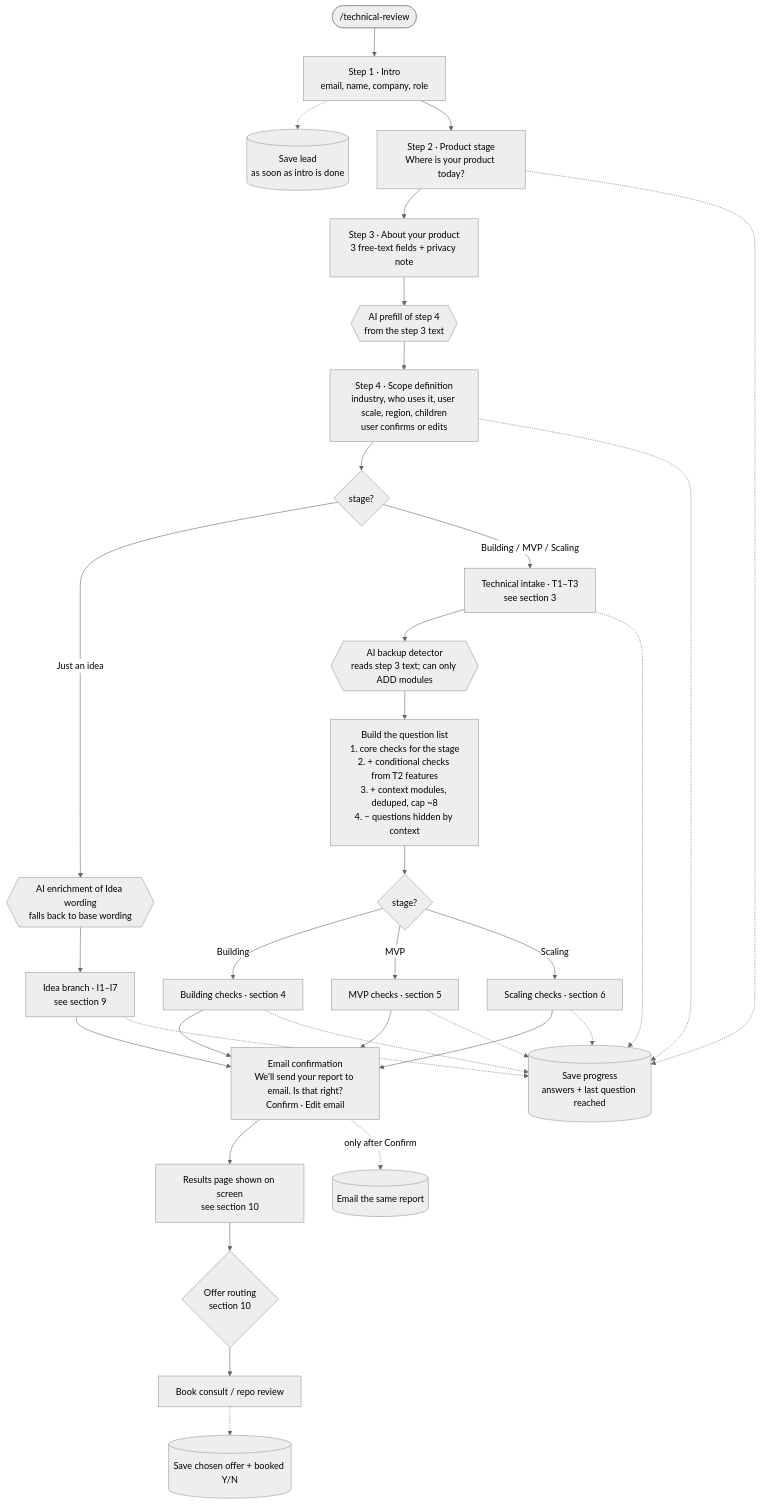
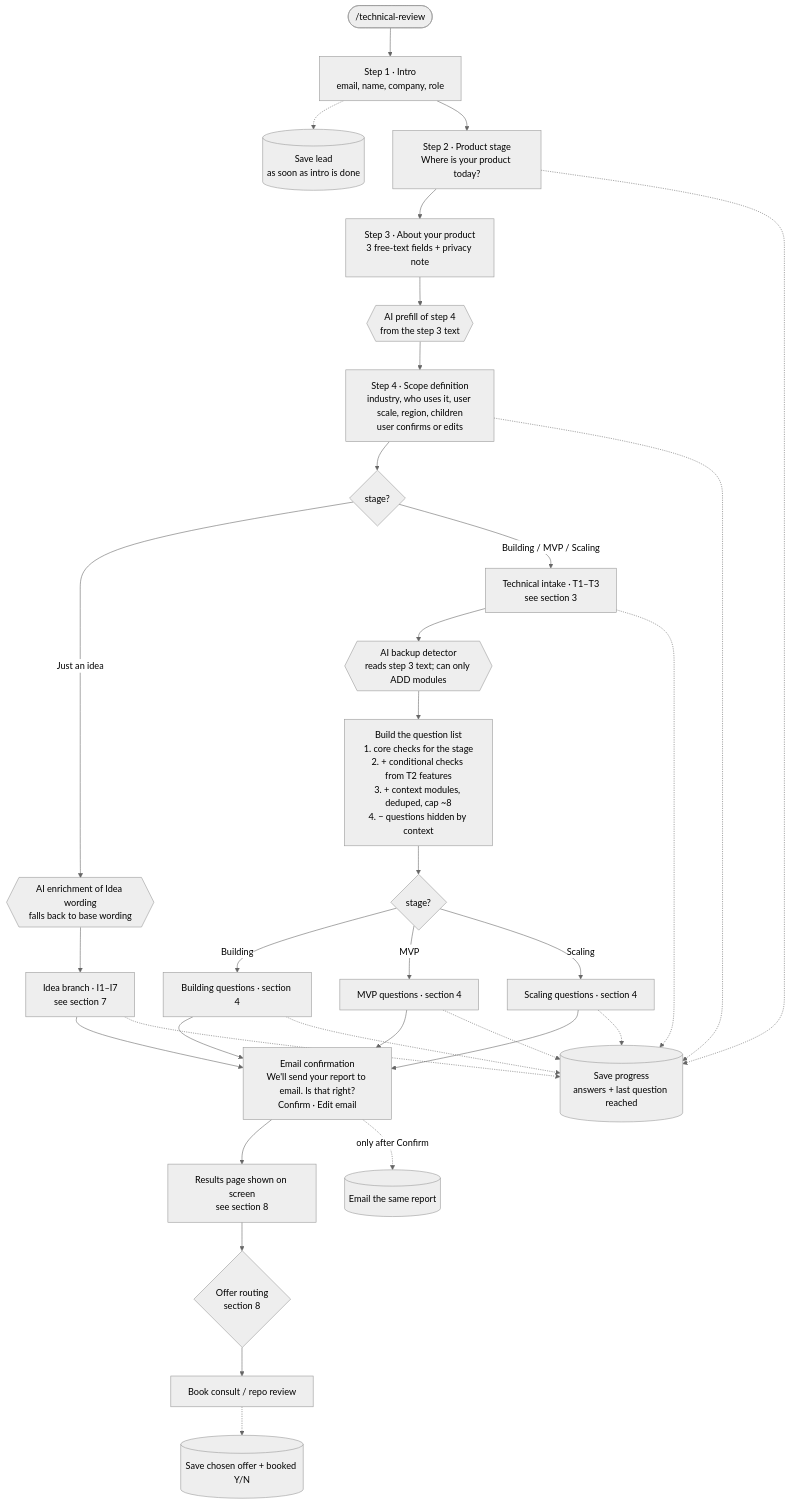
One commit to SparkNCo/marketing-site changed the diagram in docs/TECHNICAL_REVIEW_FLOW.md. Above: the diagram before and after it, drawn with Mermaid (neutral theme). The commit also changed other lines of this file, not shown here.

First line of the commit message:
technical-review-flow-as-question-lists

````diff
--- a/docs/TECHNICAL_REVIEW_FLOW.md
+++ b/docs/TECHNICAL_REVIEW_FLOW.md
@@ -26,40 +18,40 @@
 ```mermaid
 flowchart TD
     START(["/technical-review"]) --> P1["Step 1 · Intro<br/>email, name, company, role"]
     P1 -.-> SAVE_LEAD[("Save lead<br/>as soon as intro is done")]
     P1 --> P2["Step 2 · Product stage<br/>Where is your product today?"]
     P2 --> P3["Step 3 · About your product<br/>3 free-text fields + privacy note"]
     P3 --> AI_PREFILL{{"AI prefill of step 4<br/>from the step 3 text"}}
     AI_PREFILL --> P4["Step 4 · Scope definition<br/>industry, who uses it, user scale, region, children<br/>user confirms or edits"]
     P4 --> STAGE{"stage?"}
 
     STAGE -->|"Just an idea"| IDEA_ENRICH{{"AI enrichment of Idea wording<br/>falls back to base wording"}}
-    IDEA_ENRICH --> IDEA["Idea branch · I1–I7<br/>see section 9"]
+    IDEA_ENRICH --> IDEA["Idea branch · I1–I7<br/>see section 7"]
 
     STAGE -->|"Building / MVP / Scaling"| INTAKE["Technical intake · T1–T3<br/>see section 3"]
     INTAKE --> AI_DETECT{{"AI backup detector<br/>reads step 3 text; can only ADD modules"}}
     AI_DETECT --> BUILD_LIST["Build the question list<br/>1. core checks for the stage<br/>2. + conditional checks from T2 features<br/>3. + context modules, deduped, cap ~8<br/>4. − questions hidden by context"]
     BUILD_LIST --> STAGE2{"stage?"}
-    STAGE2 -->|Building| BQ["Building checks · section 4"]
-    STAGE2 -->|MVP| MQ["MVP checks · section 5"]
-    STAGE2 -->|Scaling| SQ["Scaling checks · section 6"]
+    STAGE2 -->|Building| BQ["Building questions · section 4"]
+    STAGE2 -->|MVP| MQ["MVP questions · section 4"]
+    STAGE2 -->|Scaling| SQ["Scaling questions · section 4"]
 
     IDEA --> CONFIRM["Email confirmation<br/>We'll send your report to email. Is that right?<br/>Confirm · Edit email"]
     BQ --> CONFIRM
     MQ --> CONFIRM
     SQ --> CONFIRM
 
-    CONFIRM --> RESULTS["Results page shown on screen<br/>see section 10"]
+    CONFIRM --> RESULTS["Results page shown on screen<br/>see section 8"]
     CONFIRM -.->|"only after Confirm"| SEND_EMAIL[("Email the same report")]
-    RESULTS --> OFFER{"Offer routing<br/>section 10"}
+    RESULTS --> OFFER{"Offer routing<br/>section 8"}
     OFFER --> BOOK["Book consult / repo review"]
     BOOK -.-> SAVE_BOOKED[("Save chosen offer + booked Y/N")]
 
     P2 -.-> SAVE_PROGRESS[("Save progress<br/>answers + last question reached")]
     P4 -.-> SAVE_PROGRESS
     INTAKE -.-> SAVE_PROGRESS
     BQ -.-> SAVE_PROGRESS
     MQ -.-> SAVE_PROGRESS
     SQ -.-> SAVE_PROGRESS
     IDEA -.-> SAVE_PROGRESS
 ```
````
